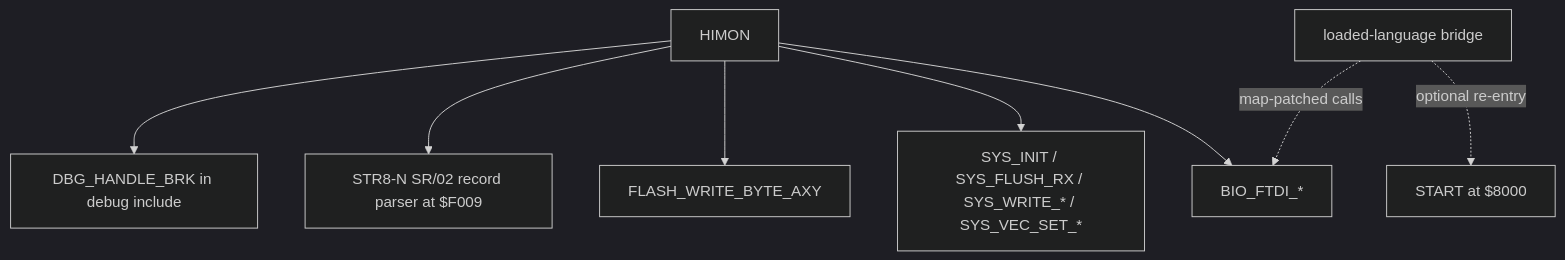
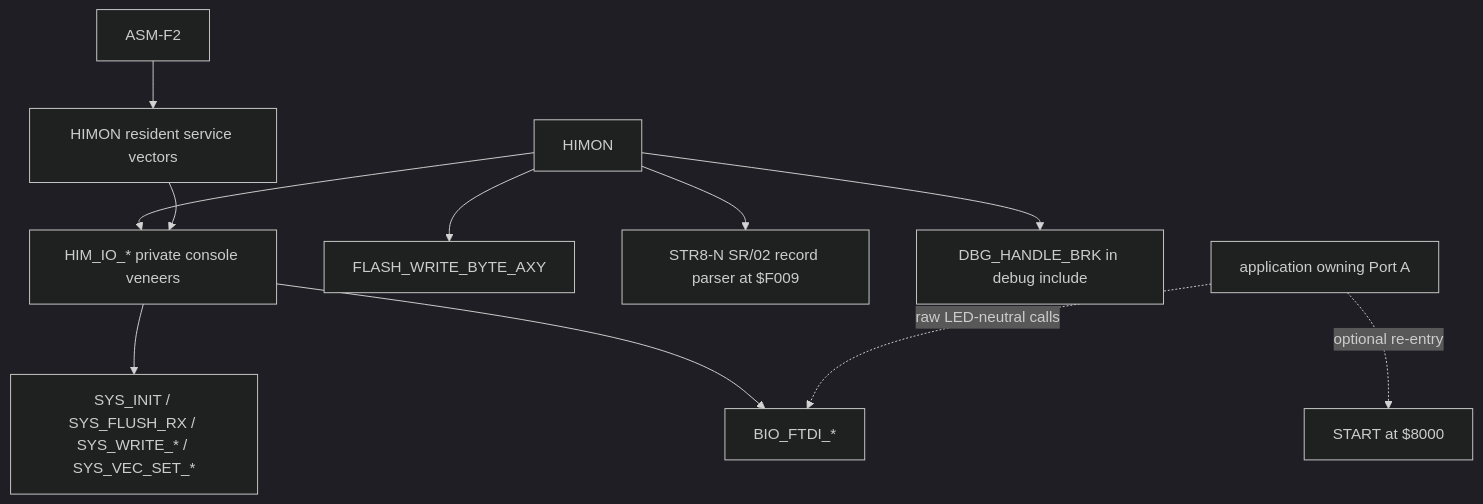
One commit to 95westus/R-YORS changed diagram 19 of 19 in DOC/GUIDES/HIMON/HIMON_MAP.md. Above: the diagram before and after it, drawn with Mermaid (dark theme). The commit also changed other lines of this file and 15 other files, not shown here.

Commit message:
Add HIMON and ASM-F2 I/O activity LEDs

````diff
--- a/DOC/GUIDES/HIMON/HIMON_MAP.md
+++ b/DOC/GUIDES/HIMON/HIMON_MAP.md
@@ -337,10 +338,13 @@
 ```mermaid
 flowchart TD
-    HIMON[HIMON] --> SYS[SYS_INIT / SYS_FLUSH_RX / SYS_WRITE_* / SYS_VEC_SET_*]
-    HIMON --> BIO[BIO_FTDI_*]
+    HIMON[HIMON] --> HIMIO[HIM_IO_* private console veneers]
+    ASM[ASM-F2] --> SVC[HIMON resident service vectors]
+    SVC --> HIMIO
+    HIMIO --> SYS[SYS_INIT / SYS_FLUSH_RX / SYS_WRITE_* / SYS_VEC_SET_*]
+    HIMIO --> BIO[BIO_FTDI_*]
     HIMON --> FLASH[FLASH_WRITE_BYTE_AXY]
     HIMON --> STR8REC[STR8-N SR/02 record parser at $F009]
     HIMON --> DBGEXT[DBG_HANDLE_BRK in debug include]
-    APP[loaded-language bridge] -.map-patched calls.-> BIO
+    APP[application owning Port A] -.raw LED-neutral calls.-> BIO
     APP -.optional re-entry.-> START[START at $8000]
 ```
````
